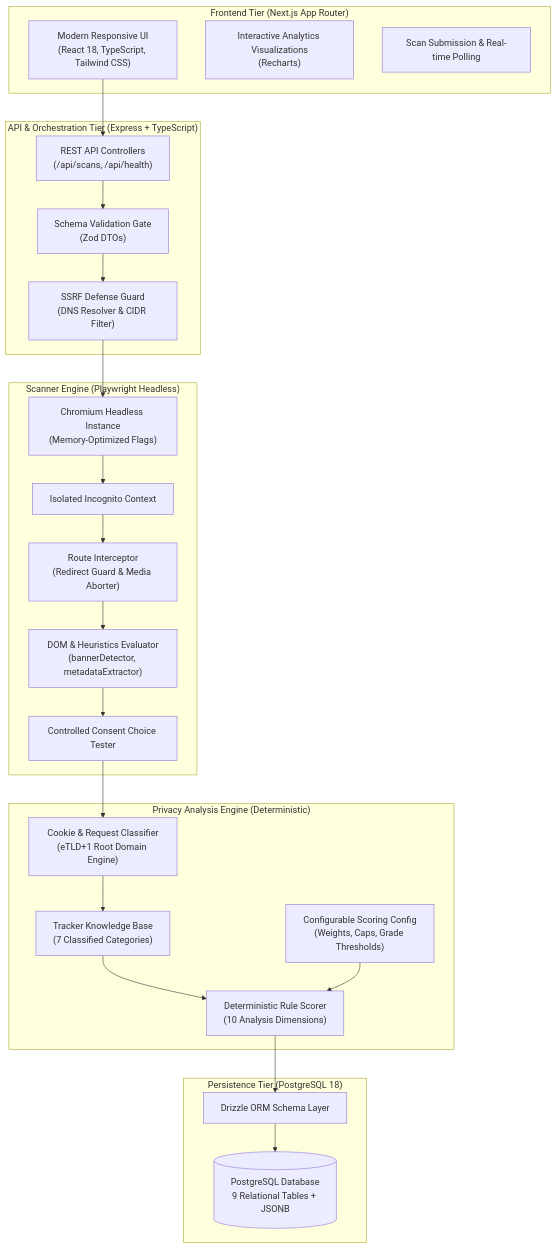
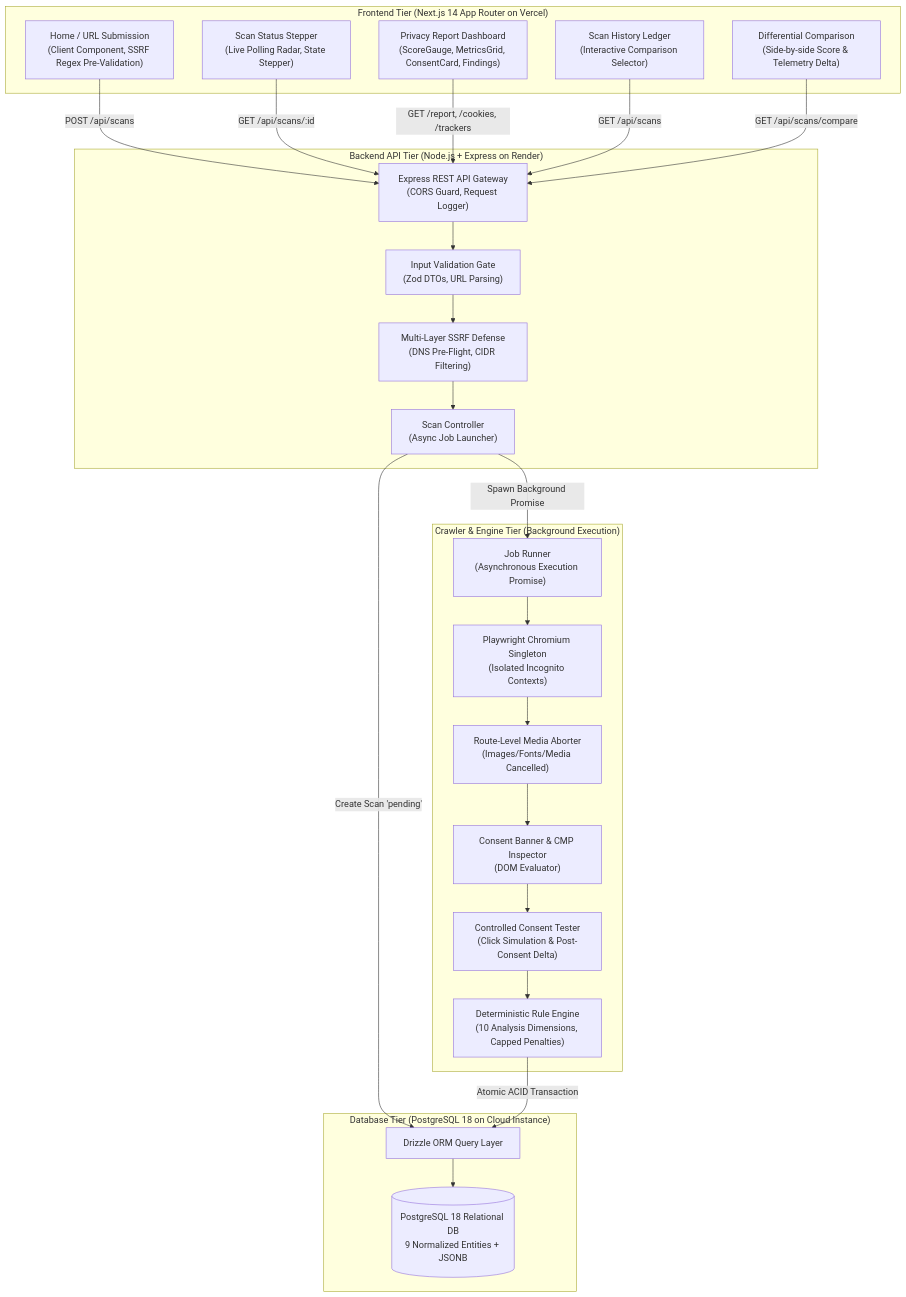
The first of 3 diagrams in CYBERSENTRY_COMPREHENSIVE_GUIDE.md (bhavesh-ashrith-alemela/CyberSentry), drawn with Mermaid before and after one commit. The commit also changed other lines of this file, not shown here.

Commit message:
docs: expand comprehensive architectural guide with in-depth problem discovery, stack trade-offs, and interview Q&As

````diff
--- a/CYBERSENTRY_COMPREHENSIVE_GUIDE.md
+++ b/CYBERSENTRY_COMPREHENSIVE_GUIDE.md
@@ -54,49 +136,46 @@
 ```mermaid
 flowchart TB
-    subgraph Client ["Frontend Tier (Next.js App Router)"]
-        UI["Modern Responsive UI<br/>(React 18, TypeScript, Tailwind CSS)"]
-        Recharts["Interactive Analytics Visualizations<br/>(Recharts)"]
-        ScanForm["Scan Submission & Real-time Polling"]
+    subgraph ClientTier ["Frontend Tier (Next.js 14 App Router on Vercel)"]
+        Landing["Home / URL Submission<br/>(Client Component, SSRF Regex Pre-Validation)"]
+        StatusRadar["Scan Status Stepper<br/>(Live Polling Radar, State Stepper)"]
+        ReportDashboard["Privacy Report Dashboard<br/>(ScoreGauge, MetricsGrid, ConsentCard, Findings)"]
+        HistoryView["Scan History Ledger<br/>(Interactive Comparison Selector)"]
+        CompareView["Differential Comparison<br/>(Side-by-side Score & Telemetry Delta)"]
     end
 
-    subgraph Gateway ["API & Orchestration Tier (Express + TypeScript)"]
-        REST["REST API Controllers<br/>(/api/scans, /api/health)"]
-        Zod["Schema Validation Gate<br/>(Zod DTOs)"]
-        SSRF["SSRF Defense Guard<br/>(DNS Resolver & CIDR Filter)"]
+    subgraph APITier ["Backend API Tier (Node.js + Express on Render)"]
+        Router["Express REST API Gateway<br/>(CORS Guard, Request Logger)"]
+        ZodGate["Input Validation Gate<br/>(Zod DTOs, URL Parsing)"]
+        SSRFEngine["Multi-Layer SSRF Defense<br/>(DNS Pre-Flight, CIDR Filtering)"]
+        ScanCtrl["Scan Controller<br/>(Async Job Launcher)"]
     end
 
-    subgraph Crawler ["Scanner Engine (Playwright Headless)"]
-        Browser["Chromium Headless Instance<br/>(Memory-Optimized Flags)"]
-        Context["Isolated Incognito Context"]
-        Guard["Route Interceptor<br/>(Redirect Guard & Media Aborter)"]
-        DOM["DOM & Heuristics Evaluator<br/>(bannerDetector, metadataExtractor)"]
-        Tester["Controlled Consent Choice Tester"]
+    subgraph WorkerTier ["Crawler & Engine Tier (Background Execution)"]
+        Worker["Job Runner<br/>(Asynchronous Execution Promise)"]
+        BrowserPool["Playwright Chromium Singleton<br/>(Isolated Incognito Contexts)"]
+        MediaFilter["Route-Level Media Aborter<br/>(Images/Fonts/Media Cancelled)"]
+        BannerInspect["Consent Banner & CMP Inspector<br/>(DOM Evaluator)"]
+        ConsentSim["Controlled Consent Tester<br/>(Click Simulation & Post-Consent Delta)"]
+        RuleScorer["Deterministic Rule Engine<br/>(10 Analysis Dimensions, Capped Penalties)"]
     end
 
-    subgraph Engine ["Privacy Analysis Engine (Deterministic)"]
-        Classifier["Cookie & Request Classifier<br/>(eTLD+1 Root Domain Engine)"]
-        KB["Tracker Knowledge Base<br/>(7 Classified Categories)"]
-        Scorer["Deterministic Rule Scorer<br/>(10 Analysis Dimensions)"]
-        Config["Configurable Scoring Config<br/>(Weights, Caps, Grade Thresholds)"]
+    subgraph DataTier ["Database Tier (PostgreSQL 18 on Cloud Instance)"]
+        DrizzleORM["Drizzle ORM Query Layer"]
+        Tables[("PostgreSQL 18 Relational DB<br/>9 Normalized Entities + JSONB")]
     end
 
-    subgraph Storage ["Persistence Tier (PostgreSQL 18)"]
-        Drizzle["Drizzle ORM Schema Layer"]
-        PG[("PostgreSQL Database<br/>9 Relational Tables + JSONB")]
-    end
+    Landing -->|POST /api/scans| Router
+    StatusRadar -->|GET /api/scans/:id| Router
+    ReportDashboard -->|GET /report, /cookies, /trackers| Router
+    HistoryView -->|GET /api/scans| Router
+    CompareView -->|GET /api/scans/compare| Router
 
-    UI --> REST
-    REST --> Zod
-    Zod --> SSRF
-    SSRF --> Browser
-    Browser --> Context
-    Context --> Guard
-    Guard --> DOM
-    DOM --> Tester
-    Tester --> Classifier
-    Classifier --> KB
-    KB --> Scorer
-    Config --> Scorer
-    Scorer --> Drizzle
-    Drizzle --> PG
+    Router --> ZodGate --> SSRFEngine --> ScanCtrl
+    ScanCtrl -->|Create Scan 'pending'| DrizzleORM
+    ScanCtrl -->|Spawn Background Promise| Worker
+
+    Worker --> BrowserPool --> MediaFilter --> BannerInspect --> ConsentSim
+    ConsentSim --> RuleScorer
+    RuleScorer -->|Atomic ACID Transaction| DrizzleORM
+    DrizzleORM --> Tables
 ```
````
